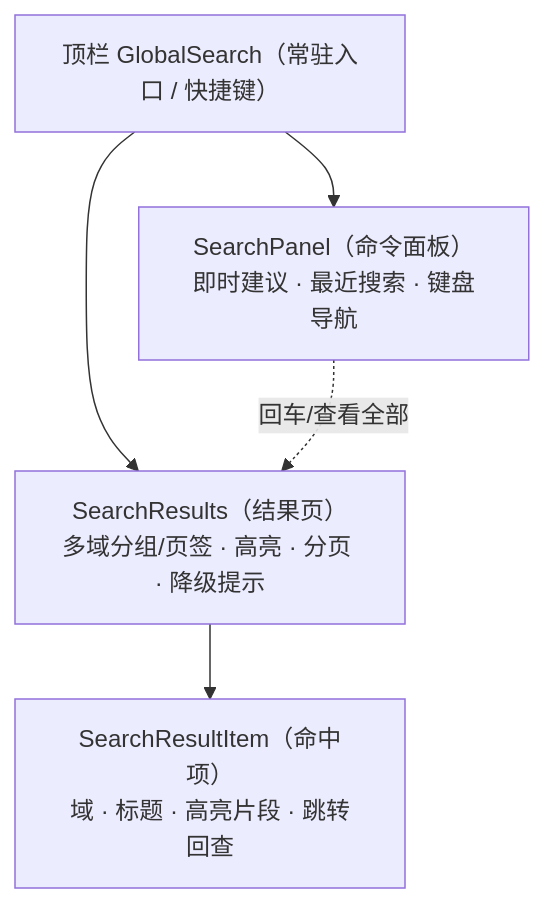
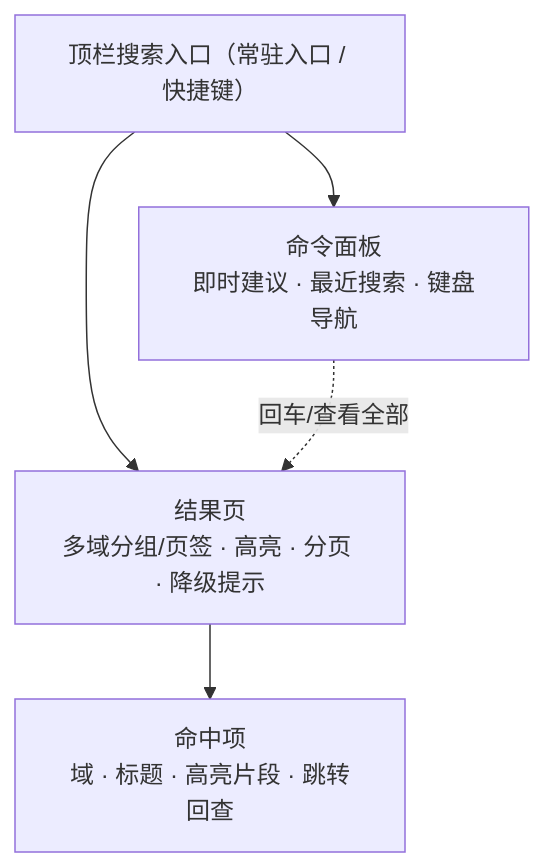
Before and after one commit to minjian123/basic-management-system: the diagram in bms文档/设计/组件设计/07_展示类/07_组件设计_全局搜索/07_组件设计_全局搜索.md, drawn with Mermaid. The commit also changed other lines of this file and 238 other files, not shown here.

````diff
--- a/bms文档/设计/组件设计/07_展示类/07_组件设计_全局搜索/07_组件设计_全局搜索.md
+++ b/bms文档/设计/组件设计/07_展示类/07_组件设计_全局搜索/07_组件设计_全局搜索.md
@@ -34,11 +32,11 @@
 ```mermaid
 flowchart TD
-    TOP["顶栏 GlobalSearch（常驻入口 / 快捷键）"]
-    PANEL["SearchPanel（命令面板）<br/>即时建议 · 最近搜索 · 键盘导航"]
-    RESULT["SearchResults（结果页）<br/>多域分组/页签 · 高亮 · 分页 · 降级提示"]
-    ITEM["SearchResultItem（命中项）<br/>域 · 标题 · 高亮片段 · 跳转回查"]
+    TOP["顶栏搜索入口（常驻入口 / 快捷键）"]
+    PANEL["命令面板<br/>即时建议 · 最近搜索 · 键盘导航"]
+    RESULT["结果页<br/>多域分组/页签 · 高亮 · 分页 · 降级提示"]
+    ITEM["命中项<br/>域 · 标题 · 高亮片段 · 跳转回查"]
     TOP --> PANEL
     TOP --> RESULT
     RESULT --> ITEM
     PANEL -.回车/查看全部.-> RESULT
 ```
````
